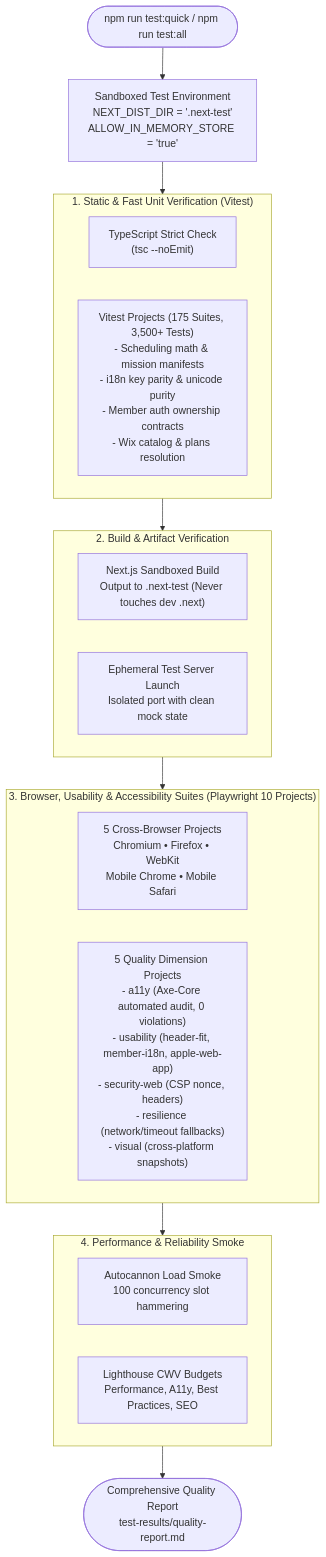
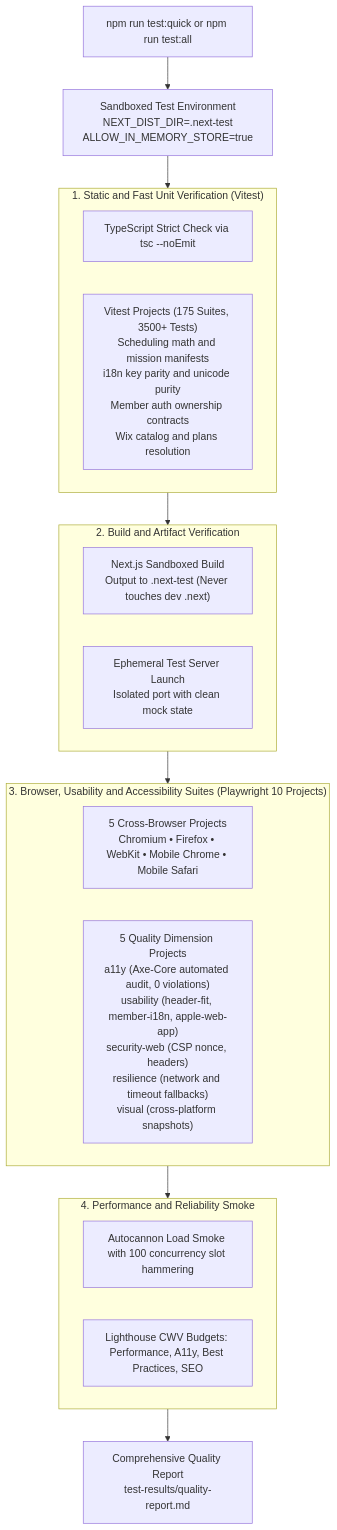
Diagram 13 of 13 in ARCHITECTURE.md (hatan4ik/simdream-website), drawn with Mermaid before and after one commit. The commit also changed other lines of this file and 1 other file, not shown here.

Commit message:
docs(architecture): resolve Mermaid parse errors and add human-readable diagrams

````diff
--- a/ARCHITECTURE.md
+++ b/ARCHITECTURE.md
@@ -321,30 +495,30 @@
 ```mermaid
 flowchart TD
-    Trigger(["npm run test:quick / npm run test:all"]) --> EnvCheck["Sandboxed Test Environment<br/>NEXT_DIST_DIR = '.next-test'<br/>ALLOW_IN_MEMORY_STORE = 'true'"]
+    Trigger["npm run test:quick or npm run test:all"] --> EnvCheck["Sandboxed Test Environment<br/>NEXT_DIST_DIR=.next-test<br/>ALLOW_IN_MEMORY_STORE=true"]
 
-    subgraph Stage1["1. Static & Fast Unit Verification (Vitest)"]
-        Typecheck["TypeScript Strict Check<br/>(tsc --noEmit)"]
-        UnitTests["Vitest Projects (175 Suites, 3,500+ Tests)<br/>- Scheduling math & mission manifests<br/>- i18n key parity & unicode purity<br/>- Member auth ownership contracts<br/>- Wix catalog & plans resolution"]
+    subgraph Stage1["1. Static and Fast Unit Verification (Vitest)"]
+        Typecheck["TypeScript Strict Check via tsc --noEmit"]
+        UnitTests["Vitest Projects (175 Suites, 3500+ Tests)<br/>Scheduling math and mission manifests<br/>i18n key parity and unicode purity<br/>Member auth ownership contracts<br/>Wix catalog and plans resolution"]
     end
 
-    subgraph Stage2["2. Build & Artifact Verification"]
+    subgraph Stage2["2. Build and Artifact Verification"]
         SandboxedBuild["Next.js Sandboxed Build<br/>Output to .next-test (Never touches dev .next)"]
         ServerLaunch["Ephemeral Test Server Launch<br/>Isolated port with clean mock state"]
     end
 
-    subgraph Stage3["3. Browser, Usability & Accessibility Suites (Playwright 10 Projects)"]
-        BrowserProjects["5 Cross-Browser Projects<br/>Chromium • Firefox • WebKit<br/>Mobile Chrome • Mobile Safari"]
-        QualityProjects["5 Quality Dimension Projects<br/>- a11y (Axe-Core automated audit, 0 violations)<br/>- usability (header-fit, member-i18n, apple-web-app)<br/>- security-web (CSP nonce, headers)<br/>- resilience (network/timeout fallbacks)<br/>- visual (cross-platform snapshots)"]
+    subgraph Stage3["3. Browser, Usability and Accessibility Suites (Playwright 10 Projects)"]
+        BrowserProjects["5 Cross-Browser Projects<br/>Chromium • Firefox • WebKit • Mobile Chrome • Mobile Safari"]
+        QualityProjects["5 Quality Dimension Projects<br/>a11y (Axe-Core automated audit, 0 violations)<br/>usability (header-fit, member-i18n, apple-web-app)<br/>security-web (CSP nonce, headers)<br/>resilience (network and timeout fallbacks)<br/>visual (cross-platform snapshots)"]
     end
 
-    subgraph Stage4["4. Performance & Reliability Smoke"]
-        LoadSmoke["Autocannon Load Smoke<br/>100 concurrency slot hammering"]
-        LighthouseAudit["Lighthouse CWV Budgets<br/>Performance, A11y, Best Practices, SEO"]
+    subgraph Stage4["4. Performance and Reliability Smoke"]
+        LoadSmoke["Autocannon Load Smoke with 100 concurrency slot hammering"]
+        LighthouseAudit["Lighthouse CWV Budgets: Performance, A11y, Best Practices, SEO"]
     end
 
     EnvCheck --> Stage1
     Stage1 --> Stage2
     Stage2 --> Stage3
     Stage3 --> Stage4
-    Stage4 --> QualityReport(["Comprehensive Quality Report<br/>test-results/quality-report.md"])
+    Stage4 --> QualityReport["Comprehensive Quality Report<br/>test-results/quality-report.md"]
 ```
````
